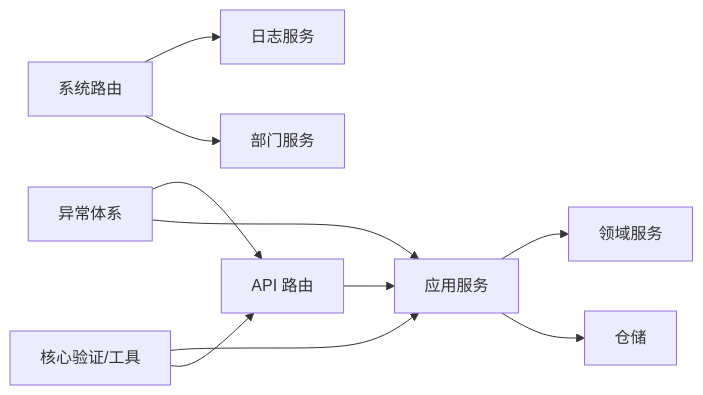
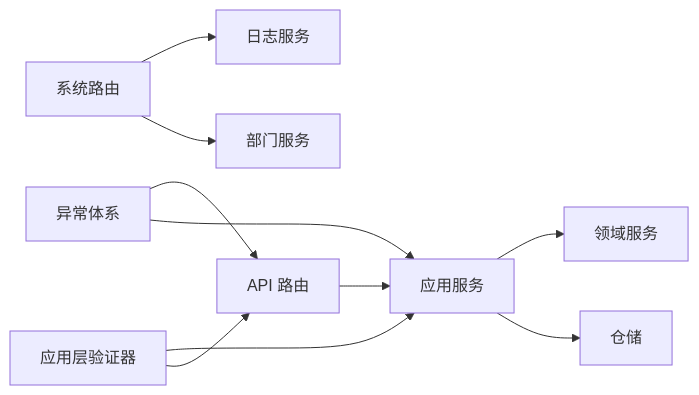
The sixth of 6 diagrams in .qoder/repowiki/zh/content/项目概述/核心特性/数据验证.md (taoweidong/Hello-FastApi), drawn with Mermaid before and after one commit. The commit also changed other lines of this file and 22 other files, not shown here.

````diff
--- a/.qoder/repowiki/zh/content/项目概述/核心特性/数据验证.md
+++ b/.qoder/repowiki/zh/content/项目概述/核心特性/数据验证.md
@@ -433,12 +439,12 @@
 ```mermaid
 graph LR
 API["API 路由"] --> SVC["应用服务"]
 SVC --> REPO["仓储"]
 SVC --> DOMAIN["领域服务"]
-CORE["核心验证/工具"] --> API
-CORE --> SVC
+APPV["应用层验证器"] --> API
+APPV --> SVC
 EXC["异常体系"] --> SVC
 EXC --> API
 SYS["系统路由"] --> DEPT["部门服务"]
 SYS --> LOG["日志服务"]
 ```
````
